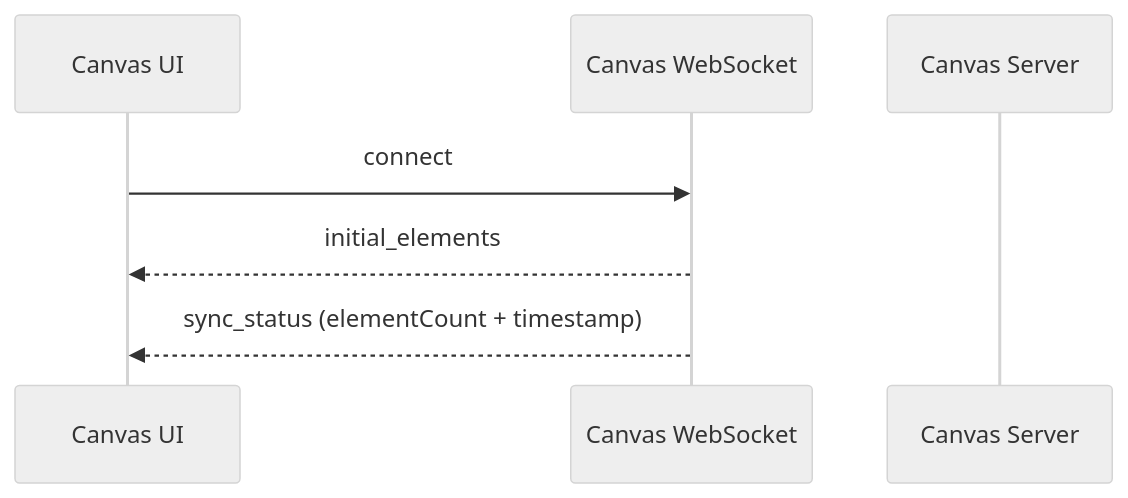
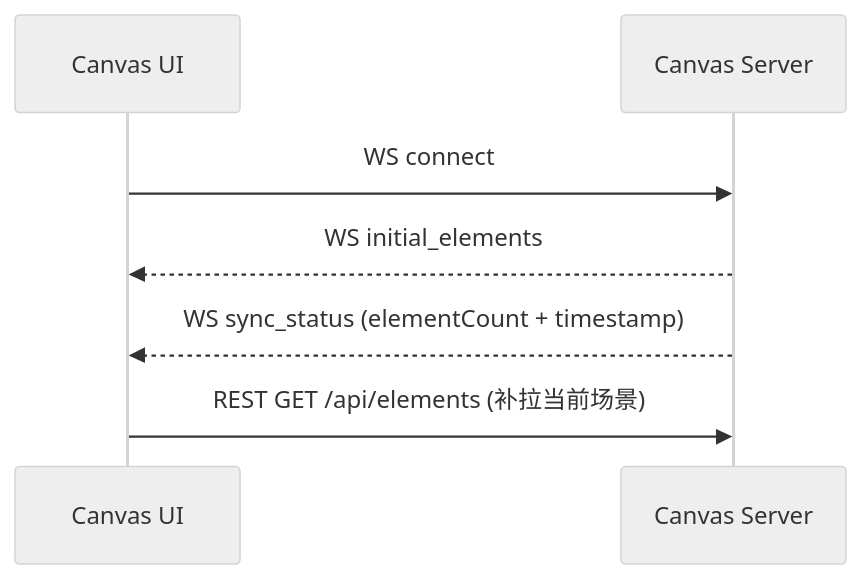
Before and after one commit to jimorsm/obsidian-mcp-bridge-demo: the first of 10 diagrams in README.md, drawn with Mermaid (neutral theme). The commit also changed other lines of this file and 2 other files, not shown here.

Commit message:
Refine bridge demo flows and API

````diff
--- a/README.md
+++ b/README.md
@@ -116,10 +22,10 @@
 ```mermaid
 sequenceDiagram
   participant UI as Canvas UI
-  participant WS as Canvas WebSocket
   participant Canvas as Canvas Server
 
-  UI->>WS: connect
-  WS-->>UI: initial_elements
-  WS-->>UI: sync_status (elementCount + timestamp)
+  UI->>Canvas: WS connect
+  Canvas-->>UI: WS initial_elements
+  Canvas-->>UI: WS sync_status (elementCount + timestamp)
+  UI->>Canvas: REST GET /api/elements (补拉当前场景)
 ```
````
